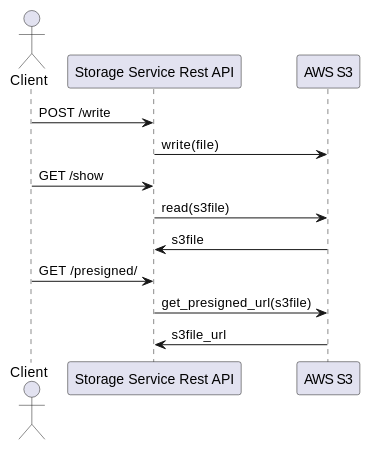
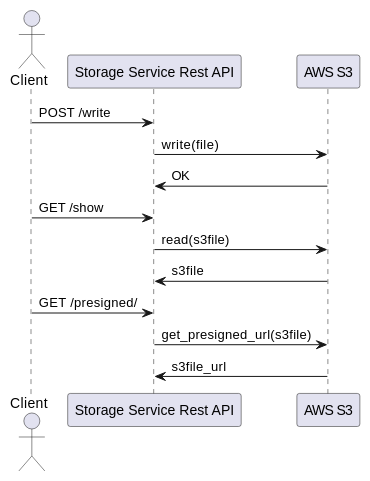
One commit to adetola-adewodu/storage-service changed the diagram in README.md. Above: the diagram before and after it, drawn with PlantUML. The commit also changed other lines of this file and 1 other file, not shown here.

Commit message:
Updating diagram

```diff
--- a/README.md
+++ b/README.md
@@ -33,16 +33,17 @@
     @startuml StorageServiceDiagram
 
     actor Client
 
     Client -> "Storage Service Rest API": POST /write
     "Storage Service Rest API" -> "AWS S3": write(file)
+    "AWS S3" -> "Storage Service Rest API": OK
 
     Client -> "Storage Service Rest API": GET /show
     "Storage Service Rest API" ->  "AWS S3": read(s3file)
     "AWS S3" -> "Storage Service Rest API": s3file
 
     Client -> "Storage Service Rest API": GET /presigned/
     "Storage Service Rest API" ->  "AWS S3": get_presigned_url(s3file)
     "AWS S3" -> "Storage Service Rest API": s3file_url
 
     @enduml
```
